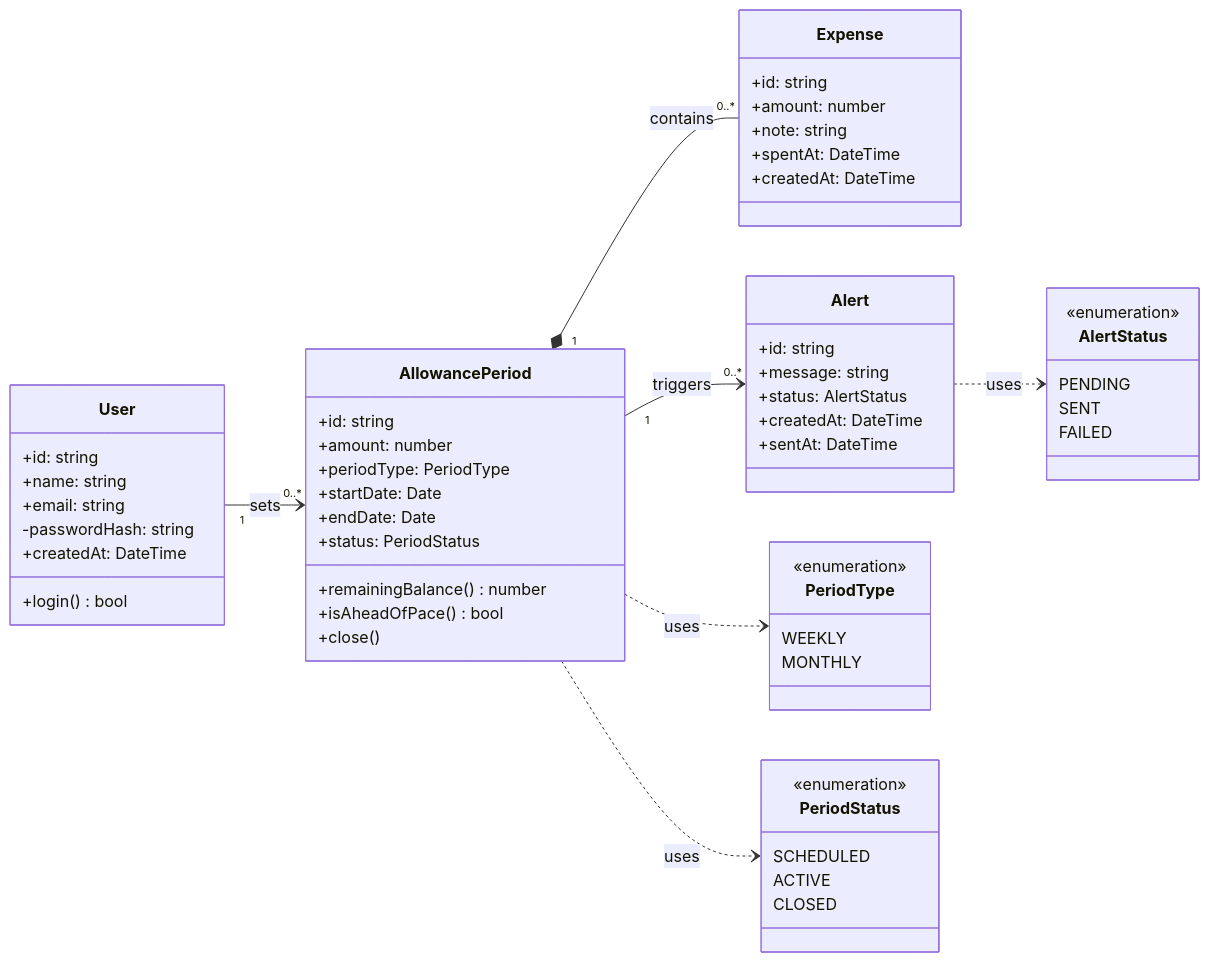
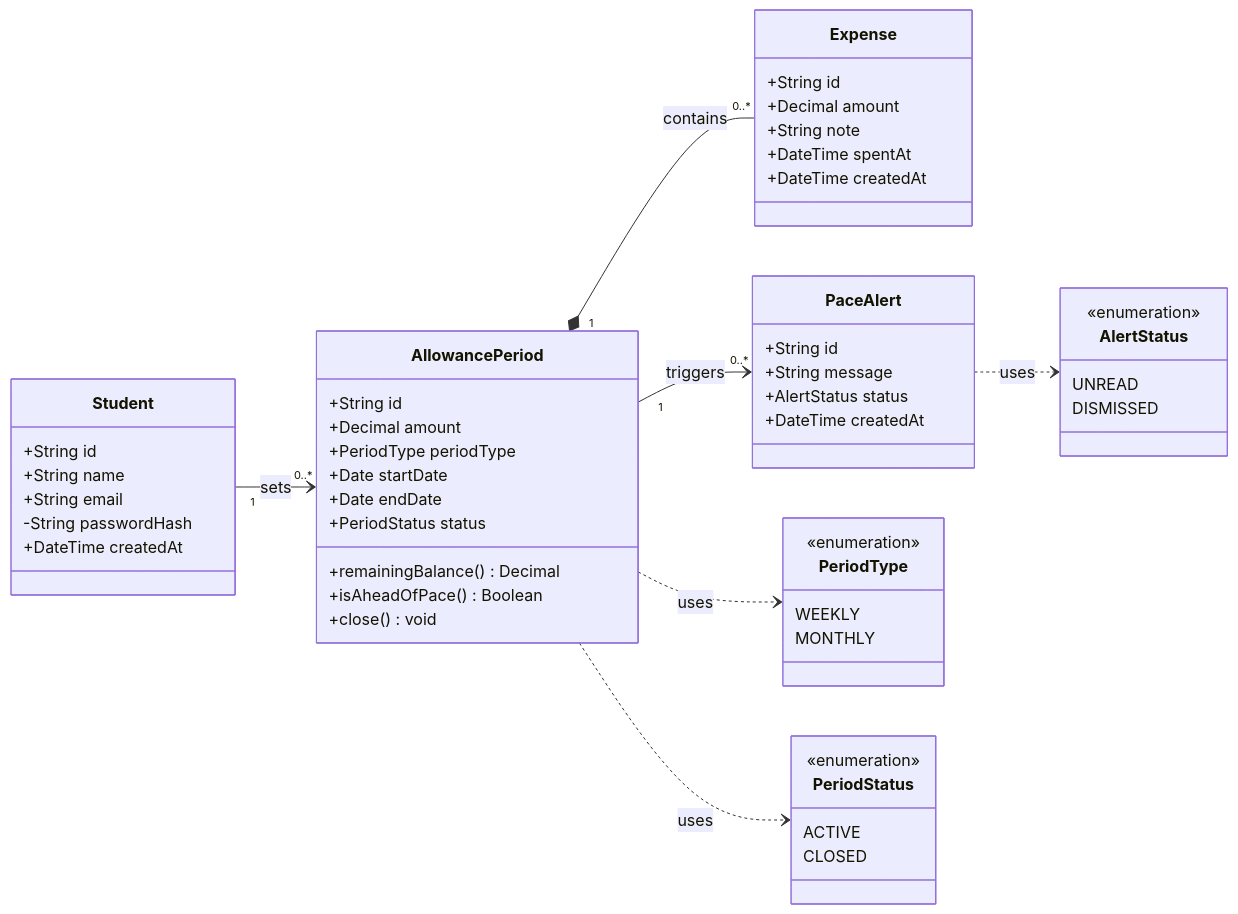
Before and after one commit to angelalegria626-maker/budget-tracker-ryzza: the diagram in docs/architecture/class.md, drawn with Mermaid. The commit also changed other lines of this file, not shown here.

````diff
--- a/docs/architecture/class.md
+++ b/docs/architecture/class.md
@@ -3,60 +3,56 @@
 ```mermaid
 classDiagram
   direction LR
-  class User {
-    +id: string
-    +name: string
-    +email: string
-    -passwordHash: string
-    +createdAt: DateTime
-    +login() bool
+  class Student {
+    +String id
+    +String name
+    +String email
+    -String passwordHash
+    +DateTime createdAt
   }
   class AllowancePeriod {
-    +id: string
-    +amount: number
-    +periodType: PeriodType
-    +startDate: Date
-    +endDate: Date
-    +status: PeriodStatus
-    +remainingBalance() number
-    +isAheadOfPace() bool
-    +close()
+    +String id
+    +Decimal amount
+    +PeriodType periodType
+    +Date startDate
+    +Date endDate
+    +PeriodStatus status
+    +remainingBalance() Decimal
+    +isAheadOfPace() Boolean
+    +close() void
   }
   class Expense {
-    +id: string
-    +amount: number
-    +note: string
-    +spentAt: DateTime
-    +createdAt: DateTime
+    +String id
+    +Decimal amount
+    +String note
+    +DateTime spentAt
+    +DateTime createdAt
   }
-  class Alert {
-    +id: string
-    +message: string
-    +status: AlertStatus
-    +createdAt: DateTime
-    +sentAt: DateTime
+  class PaceAlert {
+    +String id
+    +String message
+    +AlertStatus status
+    +DateTime createdAt
   }
   class PeriodType {
     <<enumeration>>
     WEEKLY
     MONTHLY
   }
   class PeriodStatus {
     <<enumeration>>
-    SCHEDULED
     ACTIVE
     CLOSED
   }
   class AlertStatus {
     <<enumeration>>
-    PENDING
-    SENT
-    FAILED
+    UNREAD
+    DISMISSED
   }
-  User "1" --> "0..*" AllowancePeriod : sets
+  Student "1" --> "0..*" AllowancePeriod : sets
   AllowancePeriod "1" *-- "0..*" Expense : contains
-  AllowancePeriod "1" --> "0..*" Alert : triggers
+  AllowancePeriod "1" --> "0..*" PaceAlert : triggers
   AllowancePeriod ..> PeriodType : uses
   AllowancePeriod ..> PeriodStatus : uses
-  Alert ..> AlertStatus : uses
+  PaceAlert ..> AlertStatus : uses
 ```
````
